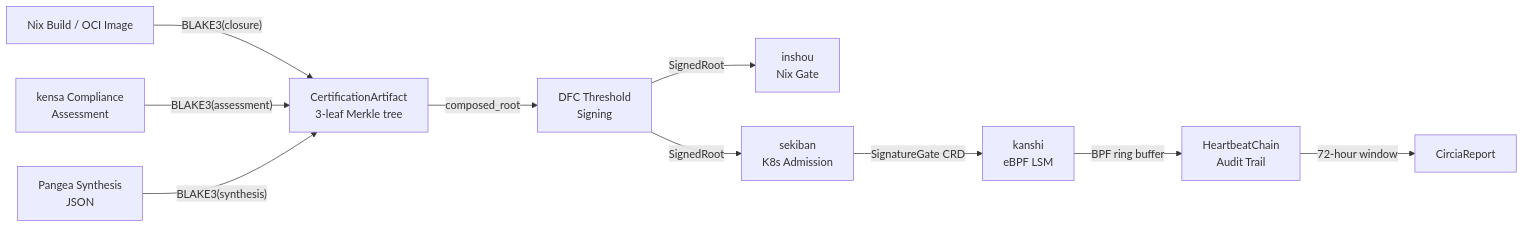
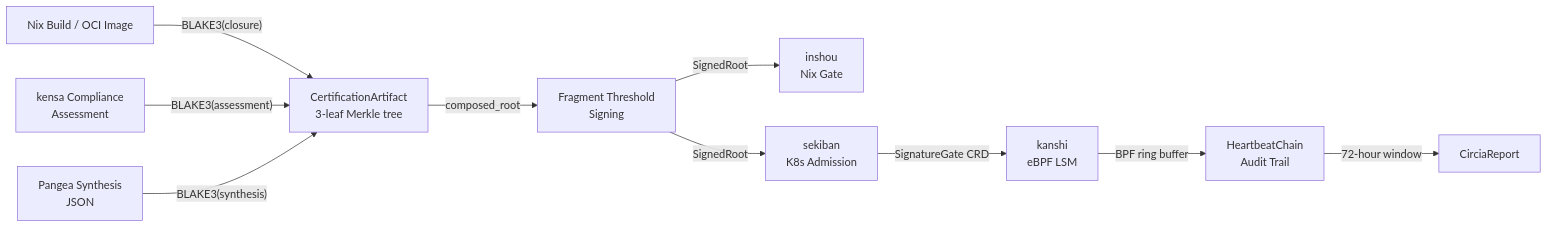
The diagram in README.md (pleme-io/tameshi), drawn with Mermaid before and after one commit. The commit also changed other lines of this file and 76 other files, not shown here.

````diff
--- a/README.md
+++ b/README.md
@@ -25,12 +25,12 @@
 ```mermaid
 flowchart LR
     A["Nix Build / OCI Image"] -->|"BLAKE3(closure)"| B["CertificationArtifact<br/>3-leaf Merkle tree"]
     C["kensa Compliance<br/>Assessment"] -->|"BLAKE3(assessment)"| B
     D["Pangea Synthesis<br/>JSON"] -->|"BLAKE3(synthesis)"| B
-    B -->|"composed_root"| E["DFC Threshold<br/>Signing"]
+    B -->|"composed_root"| E["Fragment Threshold<br/>Signing"]
     E -->|"SignedRoot"| F["inshou<br/>Nix Gate"]
     E -->|"SignedRoot"| G["sekiban<br/>K8s Admission"]
     G -->|"SignatureGate CRD"| H["kanshi<br/>eBPF LSM"]
     H -->|"BPF ring buffer"| I["HeartbeatChain<br/>Audit Trail"]
     I -->|"72-hour window"| J["CirciaReport"]
 ```
````
